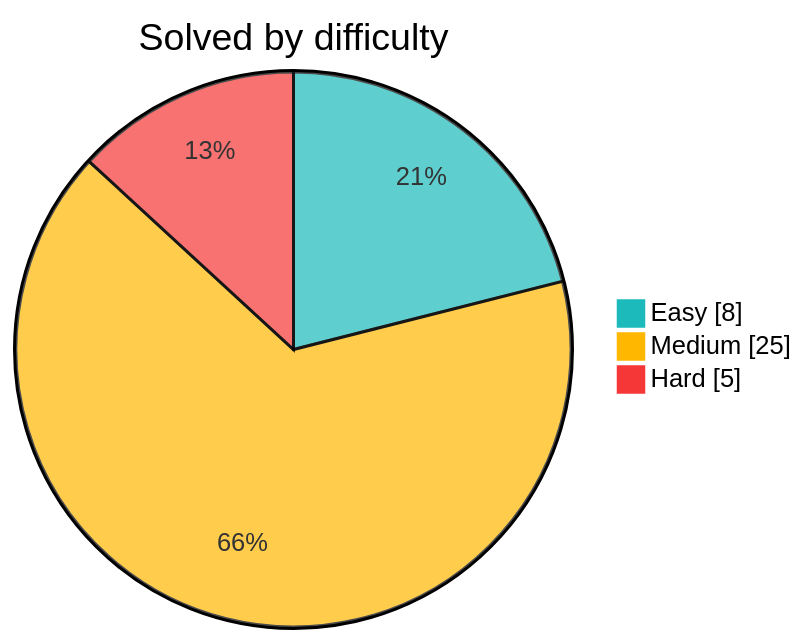
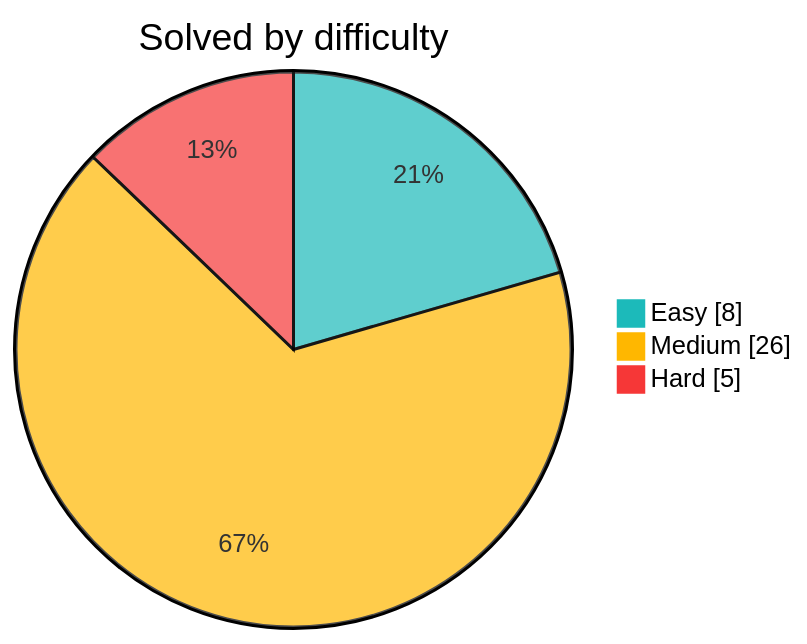
Before and after one commit to Sekler09/algorithms: the diagram in README.md, drawn with Mermaid. The commit also changed other lines of this file and 3 other files, not shown here.

````diff
--- a/README.md
+++ b/README.md
@@ -9,8 +9,8 @@
 ```mermaid
 %%{init: {"themeVariables": {"pie1": "#1cbaba", "pie2": "#ffb700", "pie3": "#f63737"}}}%%
 pie showData
     title Solved by difficulty
     "Easy" : 8
-    "Medium" : 25
+    "Medium" : 26
     "Hard" : 5
 ```
````
